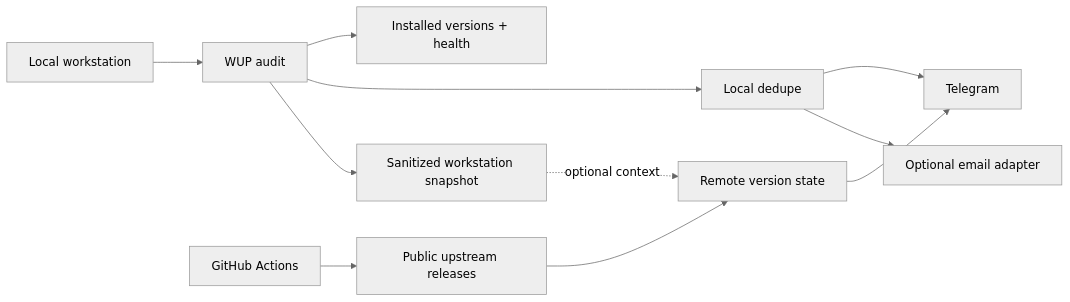
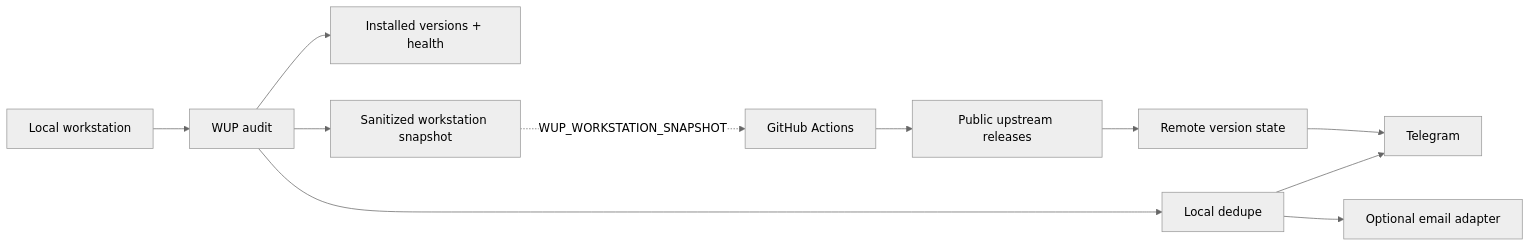
The diagram in README.md (datawarsaw/wup), drawn with Mermaid (neutral theme) before and after one commit. The commit also changed other lines of this file and 10 other files, not shown here.

````diff
--- a/README.md
+++ b/README.md
@@ -41,13 +41,13 @@
 ```mermaid
 flowchart LR
     A[Local workstation] --> B[WUP audit]
     B --> C[Installed versions + health]
     B --> D[Local dedupe]
     D --> E[Telegram]
     D --> F[Optional email adapter]
     B --> G[Sanitized workstation snapshot]
     H[GitHub Actions] --> I[Public upstream releases]
     I --> J[Remote version state]
-    G -. optional context .-> J
+    G -. WUP_WORKSTATION_SNAPSHOT .-> H
     J --> E
 ```
````
